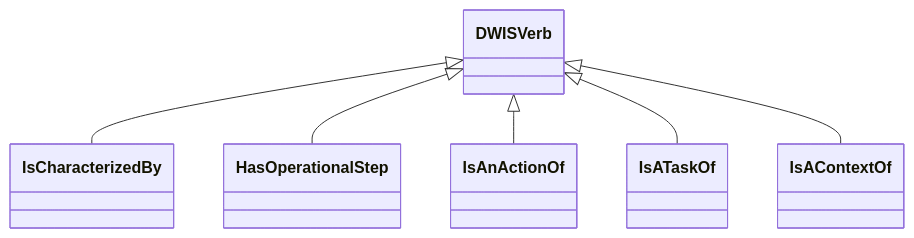
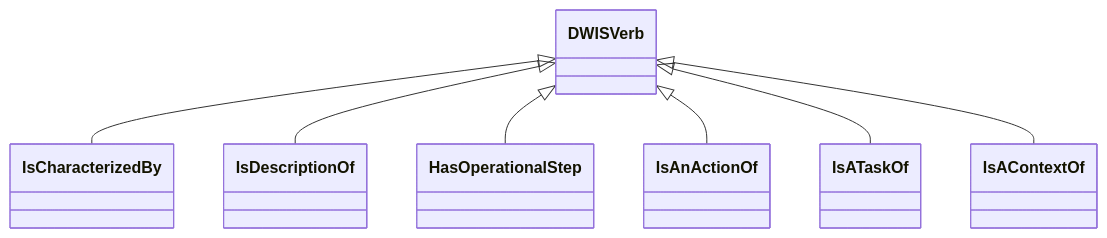
One commit to D-WIS/DDHub-Semantic-Interoperability changed diagram 51 of 58 in docs/vocabulary_development/auto-generated/md/definition-files/ContextualData.md. Above: the diagram before and after it, drawn with Mermaid. The commit also changed other lines of this file and 32 other files, not shown here.

````diff
--- a/docs/vocabulary_development/auto-generated/md/definition-files/ContextualData.md
+++ b/docs/vocabulary_development/auto-generated/md/definition-files/ContextualData.md
@@ -2266,8 +2351,9 @@
 ```mermaid
 classDiagram
 DWISVerb <|-- IsCharacterizedBy
+DWISVerb <|-- IsDescriptionOf
 DWISVerb <|-- HasOperationalStep
 DWISVerb <|-- IsAnActionOf
 DWISVerb <|-- IsATaskOf
 DWISVerb <|-- IsAContextOf
 ```
````
